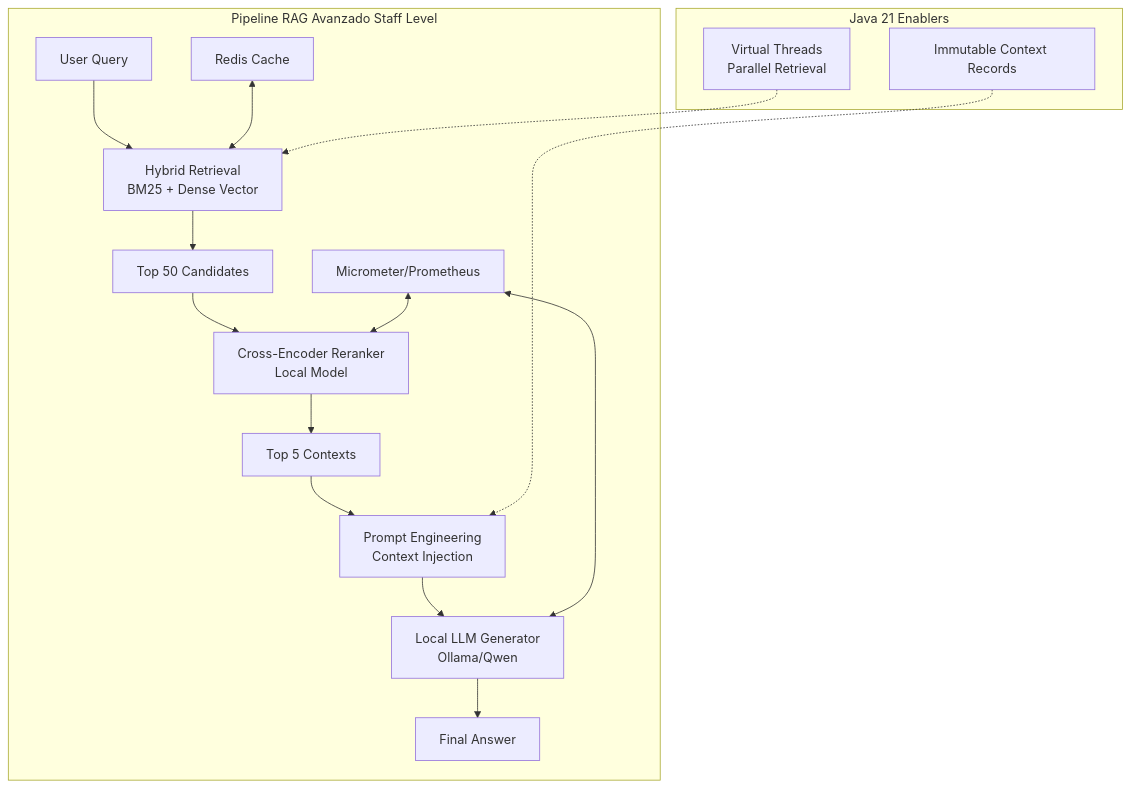
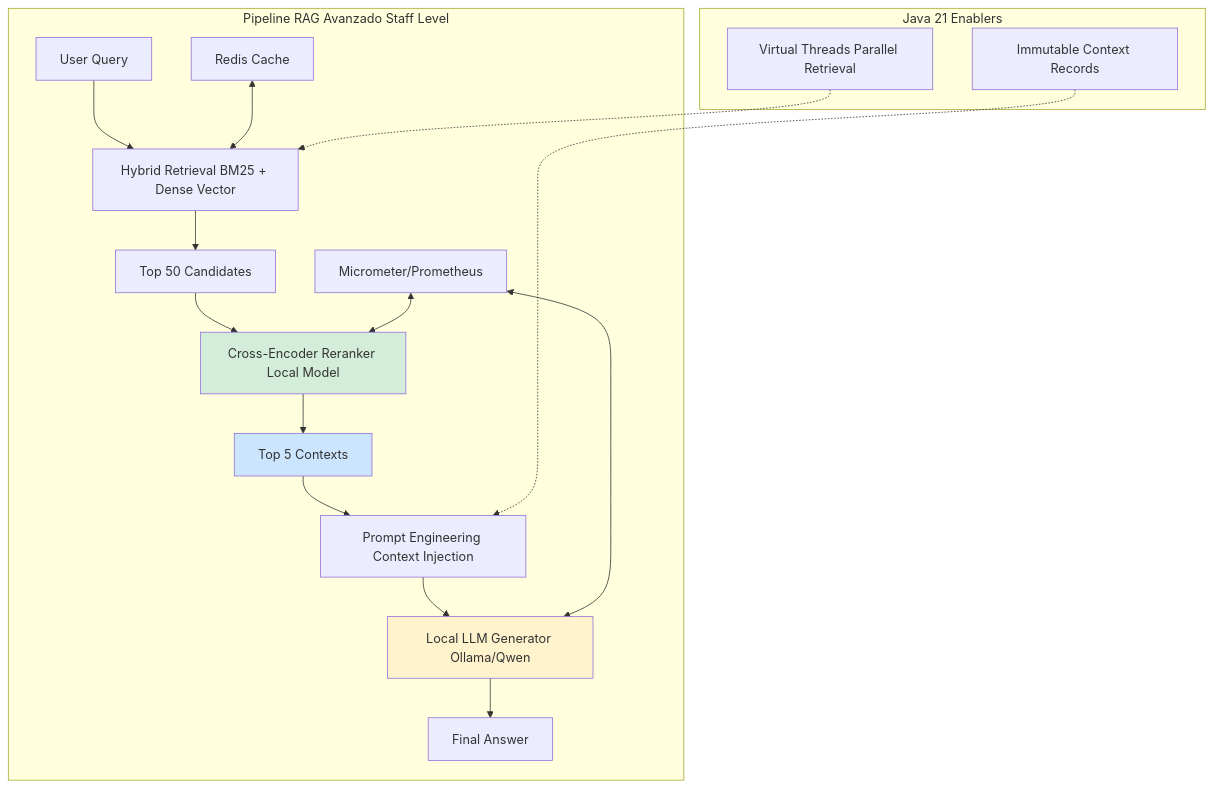
The first of 3 diagrams in 08_IA_Agentes/rag_avanzado_embeddings_locales_y_reranking_langchain4j_STAFF.md (Joaquinriosheredia/DAM-Java-Mastery), drawn with Mermaid before and after one commit. The commit also changed other lines of this file, not shown here.

````diff
--- a/08_IA_Agentes/rag_avanzado_embeddings_locales_y_reranking_langchain4j_STAFF.md
+++ b/08_IA_Agentes/rag_avanzado_embeddings_locales_y_reranking_langchain4j_STAFF.md
@@ -33,23 +79,27 @@
 ```mermaid
 graph TD
     subgraph "Pipeline RAG Avanzado Staff Level"
-        USER[User Query] --> HYBRID[Hybrid Retrieval<br>BM25 + Dense Vector]
+        USER[User Query] --> HYBRID[Hybrid Retrieval BM25 + Dense Vector]
         HYBRID --> TOP_K[Top 50 Candidates]
         
-        TOP_K --> RERANK[Cross-Encoder Reranker<br>Local Model]
+        TOP_K --> RERANK[Cross-Encoder Reranker Local Model]
         RERANK --> TOP_N[Top 5 Contexts]
         
-        TOP_N --> PROMPT[Prompt Engineering<br>Context Injection]
-        PROMPT --> LLM[Local LLM Generator<br>Ollama/Qwen]
+        TOP_N --> PROMPT[Prompt Engineering Context Injection]
+        PROMPT --> LLM[Local LLM Generator Ollama/Qwen]
         LLM --> ANSWER[Final Answer]
         
-        CACHE[Redis Cache] <--> HYBRID
-        METRICS[Micrometer/Prometheus] <--> RERANK
-        METRICS <--> LLM
+        CACHE[Redis Cache]  <--> HYBRID
+        METRICS[Micrometer/Prometheus]  <--> RERANK
+        METRICS  <--> LLM
     end
     
     subgraph "Java 21 Enablers"
-        VT[Virtual Threads<br>Parallel Retrieval] -.-> HYBRID
+        VT[Virtual Threads Parallel Retrieval] -.-> HYBRID
         REC[Immutable Context Records] -.-> PROMPT
     end
+    
+    style RERANK fill:#d4edda
+    style TOP_N fill:#cce5ff
+    style LLM fill:#fff3cd
 ```
````
